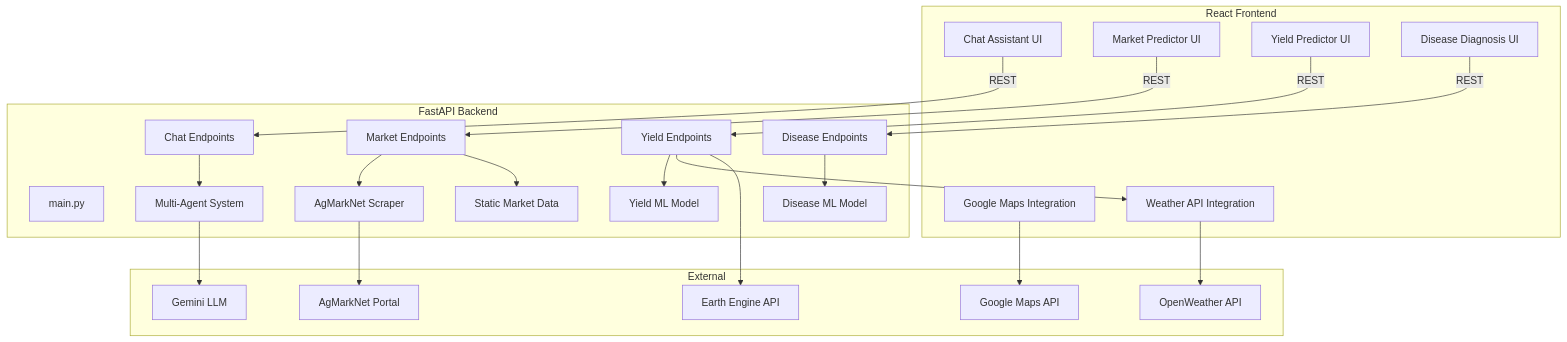
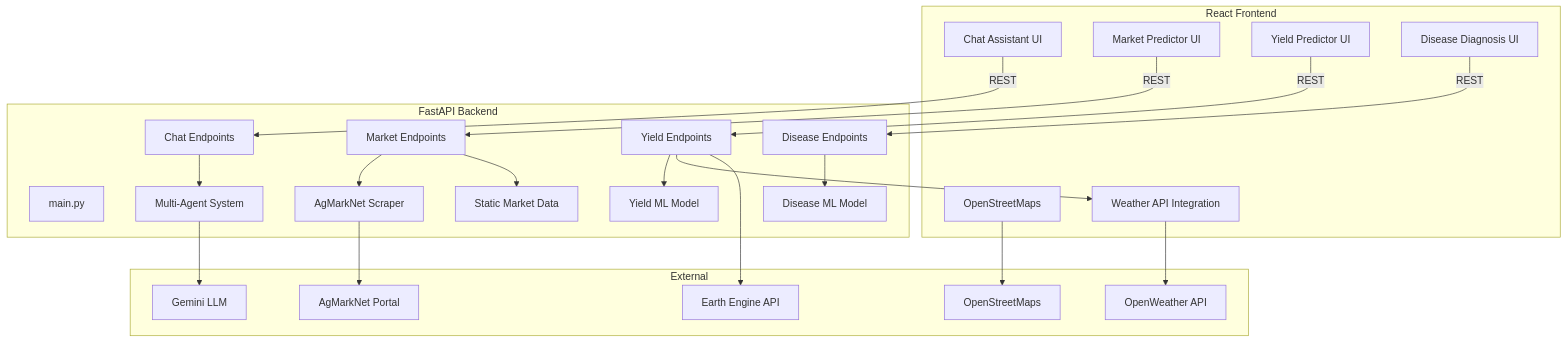
One commit to Aditya-Narsupalli/CropIQ changed the diagram in README.md. Above: the diagram before and after it, drawn with Mermaid. The commit also changed other lines of this file, not shown here.

````diff
--- a/README.md
+++ b/README.md
@@ -80,49 +80,49 @@
 ```mermaid
 flowchart TD
     subgraph Frontend [React Frontend]
         ChatUI[Chat Assistant UI]
         MarketUI[Market Predictor UI]
         YieldUI[Yield Predictor UI]
         DiseaseUI[Disease Diagnosis UI]
-        MapComp[Google Maps Integration]
+        MapComp[OpenStreetMaps]
         WeatherComp[Weather API Integration]
     end
 
     subgraph Backend [FastAPI Backend]
         APIMain[main.py]
         MarketEP[Market Endpoints]
         YieldEP[Yield Endpoints]
         DiseaseEP[Disease Endpoints]
         ChatEP[Chat Endpoints]
         Agents[Multi-Agent System]
         Scraper[AgMarkNet Scraper]
         YieldML[Yield ML Model]
         DiseaseML[Disease ML Model]
         StaticData[Static Market Data]
     end
 
     subgraph External
-        GoogleMaps[Google Maps API]
+        OpenStreetMaps
         OpenWeather[OpenWeather API]
         AgMarkNet[AgMarkNet Portal]
         Gemini[Gemini LLM]
         EarthEngine[Earth Engine API]
     end
 
     ChatUI -->|REST| ChatEP
     MarketUI -->|REST| MarketEP
     YieldUI -->|REST| YieldEP
     DiseaseUI -->|REST| DiseaseEP
-    MapComp --> GoogleMaps
+    MapComp --> OpenStreetMaps
     WeatherComp --> OpenWeather
 
     MarketEP --> Scraper
     MarketEP --> StaticData
     YieldEP --> YieldML
     YieldEP --> WeatherComp
     YieldEP --> EarthEngine
     DiseaseEP --> DiseaseML
     ChatEP --> Agents
     Agents --> Gemini
     Scraper --> AgMarkNet
 ```
````
